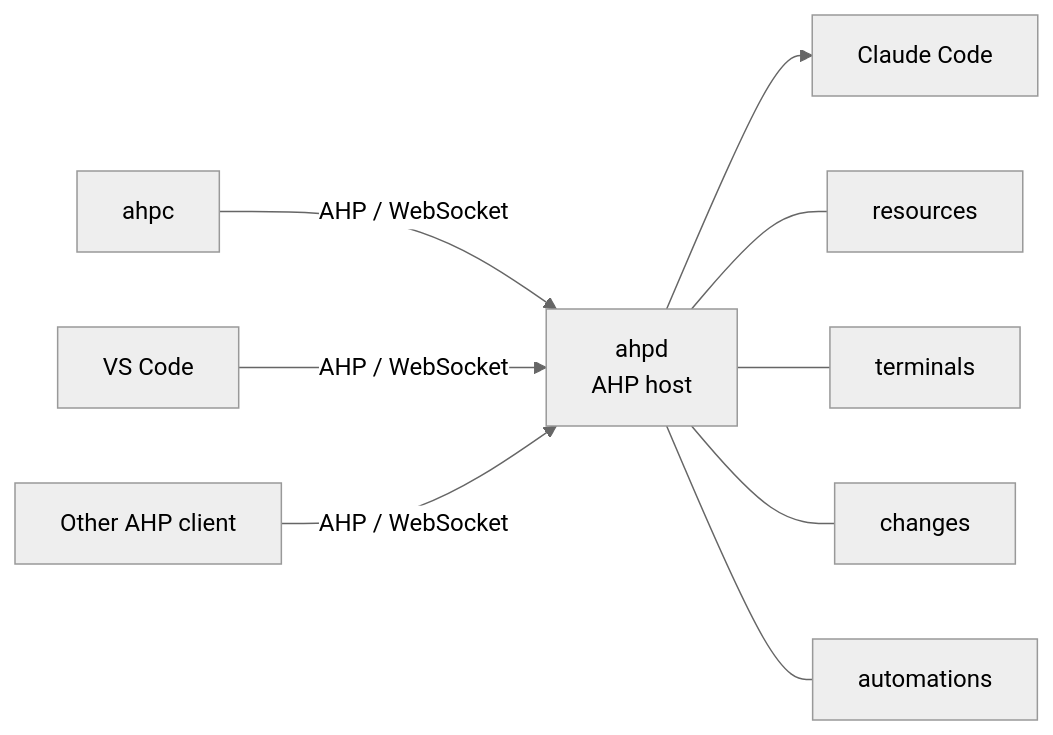
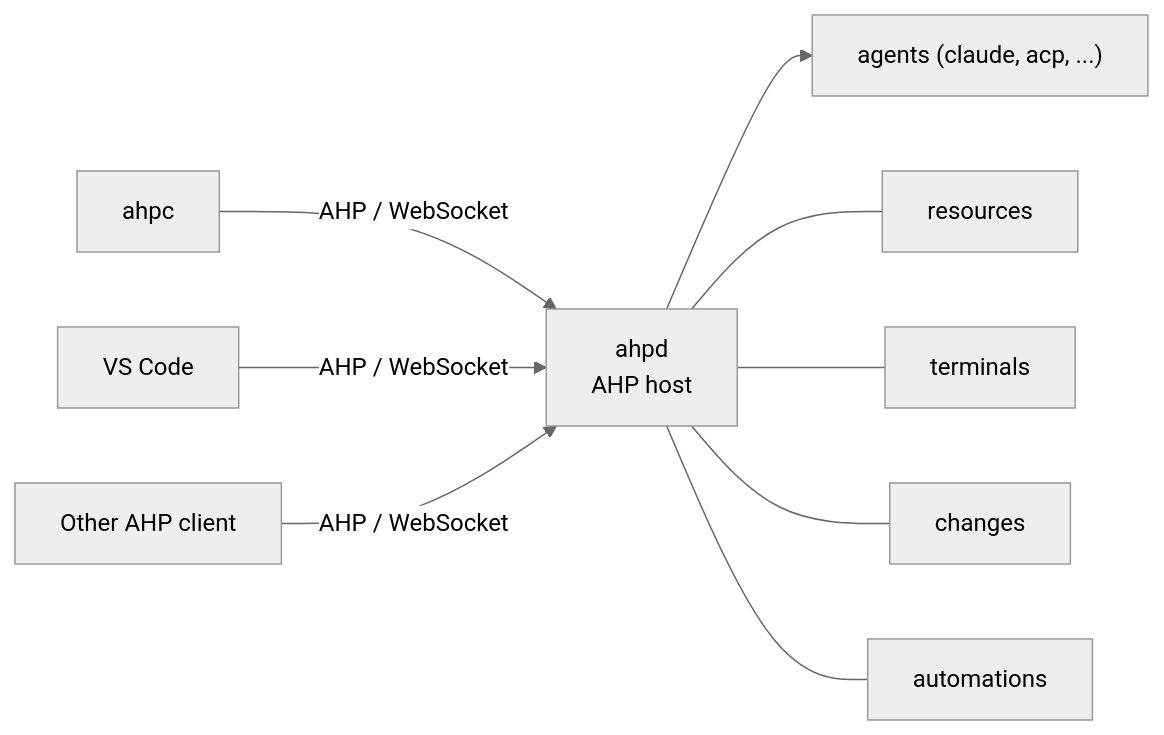
The diagram in README.md (softov/ahpd), drawn with Mermaid (neutral theme) before and after one commit. The commit also changed other lines of this file and 55 other files, not shown here.

````diff
--- a/README.md
+++ b/README.md
@@ -27,20 +32,20 @@
 ```mermaid
 flowchart LR
     AHPC["ahpc"]
     VSC["VS Code"]
     OTHER["Other AHP client"]
 
     HOST["ahpd<br/>AHP host"]
-    CLAUDE["Claude Code"]
+    CLAUDE["agents (claude, acp, ...)"]
 
     AHPC -->|AHP / WebSocket| HOST
     VSC -->|AHP / WebSocket| HOST
     OTHER -->|AHP / WebSocket| HOST
 
     HOST --> CLAUDE
 
     HOST --- RES["resources"]
     HOST --- TERM["terminals"]
     HOST --- CHG["changes"]
     HOST --- AUTO["automations"]
 ```
````
